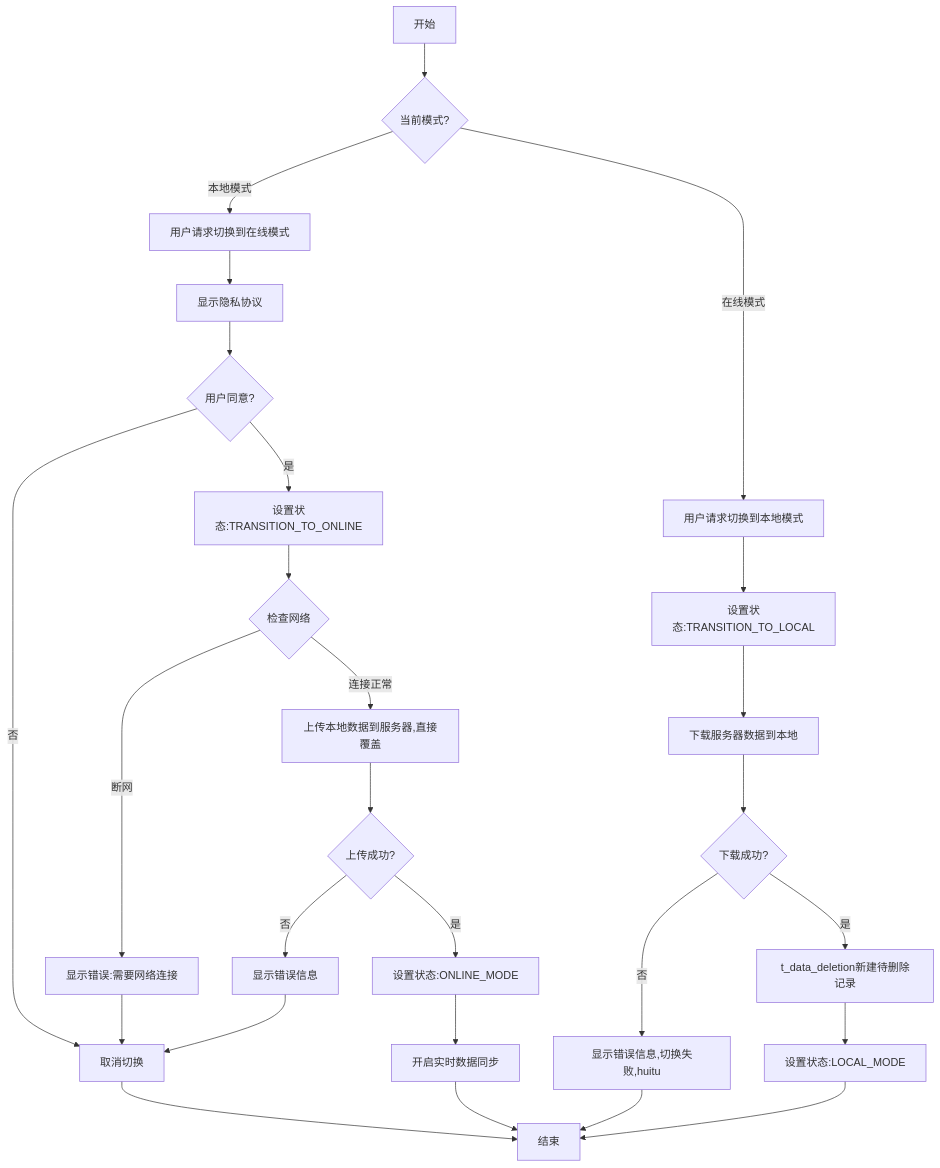
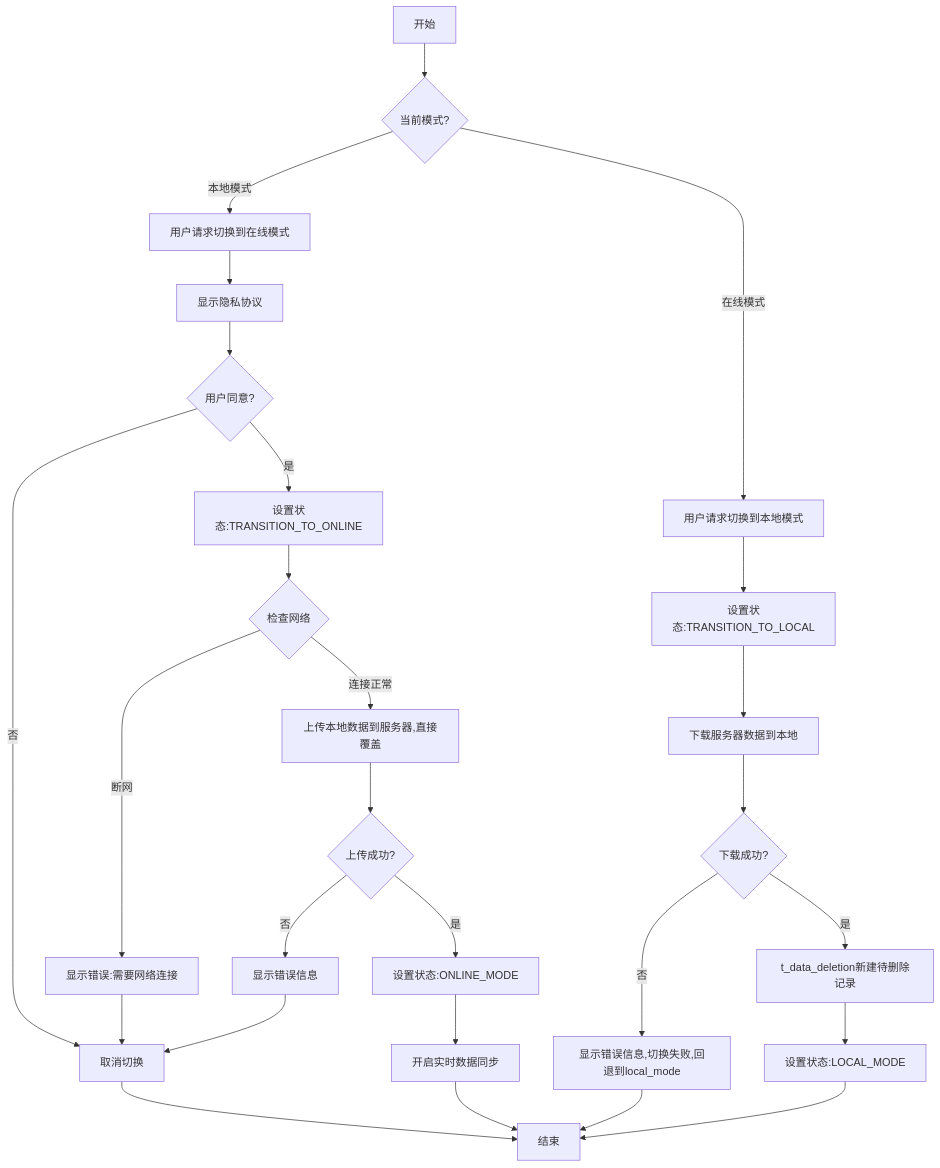
Before and after one commit to yingjianzh/iodraw-files: the diagram in all/未命名-50.md, drawn with Mermaid.

Commit message:
2025-05-08 16:15:51 update

````diff
--- a/all/未命名-50.md
+++ b/all/未命名-50.md
@@ -1,34 +1,34 @@
 ```mermaid
 
 flowchart TD
     A[开始] --> B{当前模式?}
     
     B -->|本地模式| C[用户请求切换到在线模式]
     C --> F[显示隐私协议]
     F --> G{用户同意?}
     G -->|否| H[取消切换]
     H --> Z[结束]
     G -->|是| I[设置状态:TRANSITION_TO_ONLINE]
     I --> J{检查网络}
     J -->|断网| K[显示错误:需要网络连接]
     K --> H
     J -->|连接正常| O[上传本地数据到服务器,直接覆盖]
     O --> P{上传成功?}
     P -->|否| Q[显示错误信息]
     Q --> H
     P -->|是| R[设置状态:ONLINE_MODE]
     R --> S[开启实时数据同步]
     S --> Z
     
     B -->|在线模式| T[用户请求切换到本地模式]
     T --> U[设置状态:TRANSITION_TO_LOCAL]
     U --> X[下载服务器数据到本地]
     X --> Y{下载成功?}
-    Y -->|否| AA2[显示错误信息,切换失败,huitu]
+    Y -->|否| AA2[显示错误信息,切换失败,回退到local_mode]
     AA2 --> Z
     Y -->|是| AB2[t_data_deletion新建待删除记录]
 
     AB2 -->AE[设置状态:LOCAL_MODE]
     AE --> Z
 
 ```
````
